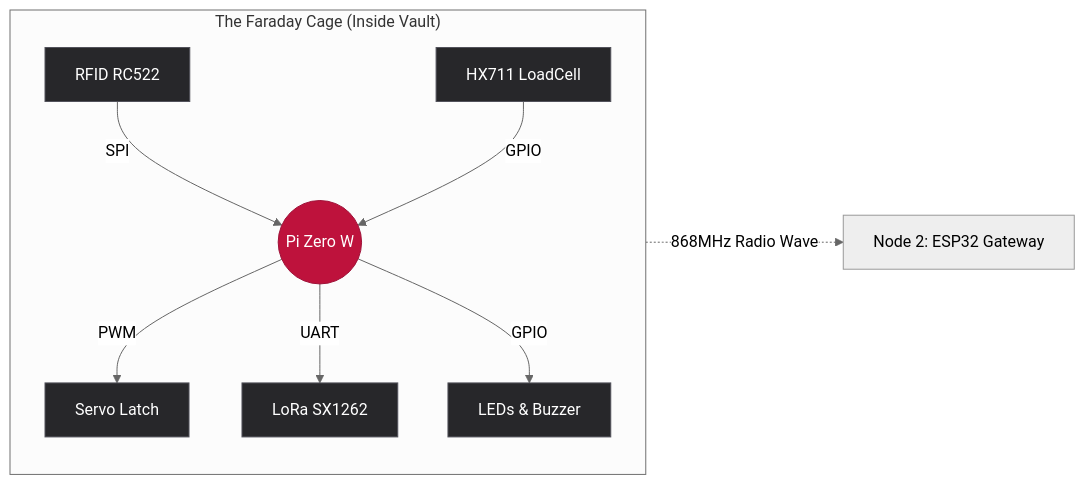
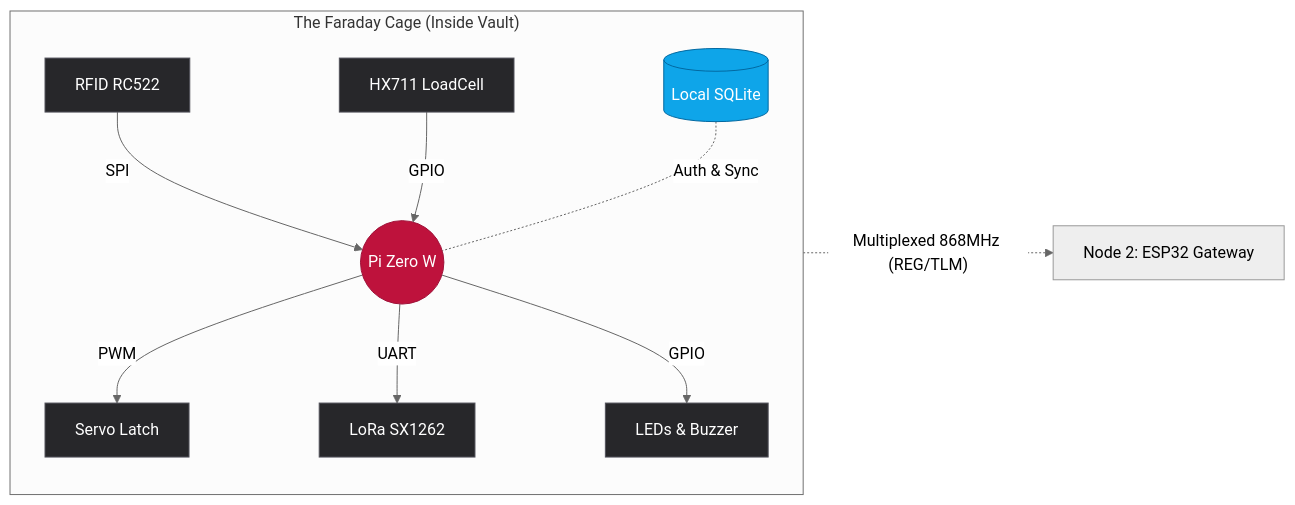
Before and after one commit to myebiez/loravault-workspace: the diagram in 1_pi_zero_node/README.md, drawn with Mermaid (neutral theme). The commit also changed other lines of this file, not shown here.

First line of the commit message:
docs: update architecture and add offline RFID registration guide

````diff
--- a/1_pi_zero_node/README.md
+++ b/1_pi_zero_node/README.md
@@ -33,18 +33,21 @@
 ```mermaid
 graph LR
     subgraph "The Faraday Cage (Inside Vault)"
         direction TB
         RFID[RFID RC522] -- "SPI" --> Core((Pi Zero W))
         Scale[HX711 LoadCell] -- "GPIO" --> Core
         Core -- "PWM" --> Lock[Servo Latch]
         Core -- "UART" --> LoRa[LoRa SX1262]
         Core -- "GPIO" --> DOET[LEDs & Buzzer]
+        DB[(Local SQLite)] -. "Auth & Sync" .- Core
     end
-    LoRa -. "868MHz Radio Wave" .-> Ext[Node 2: ESP32 Gateway]
+    LoRa -. "Multiplexed 868MHz (REG/TLM)" .-> Ext[Node 2: ESP32 Gateway]
     
     classDef hardware fill:#27272a,stroke:#52525b,color:#fff;
     classDef core fill:#be123c,stroke:#9f1239,color:#fff;
+    classDef db fill:#0ea5e9,stroke:#0369a1,color:#fff;
     class RFID,Scale,Lock,LoRa,DOET hardware;
     class Core core;
+    class DB db;
 
 ```
````
